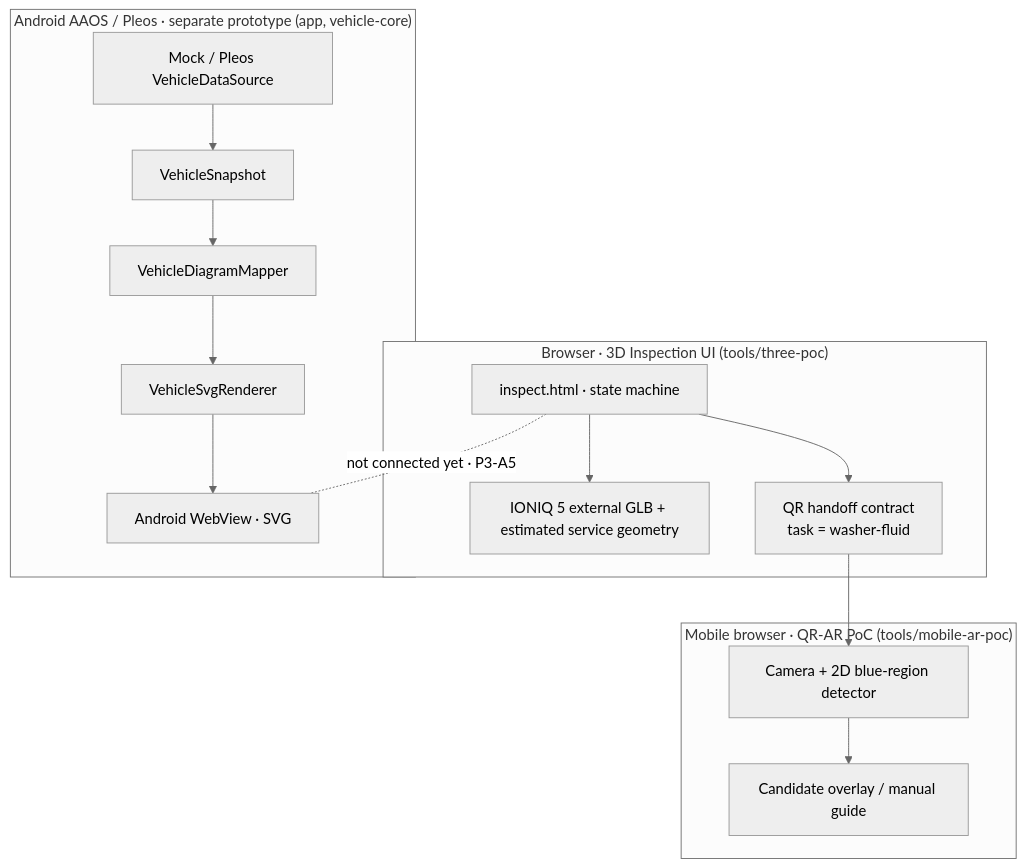
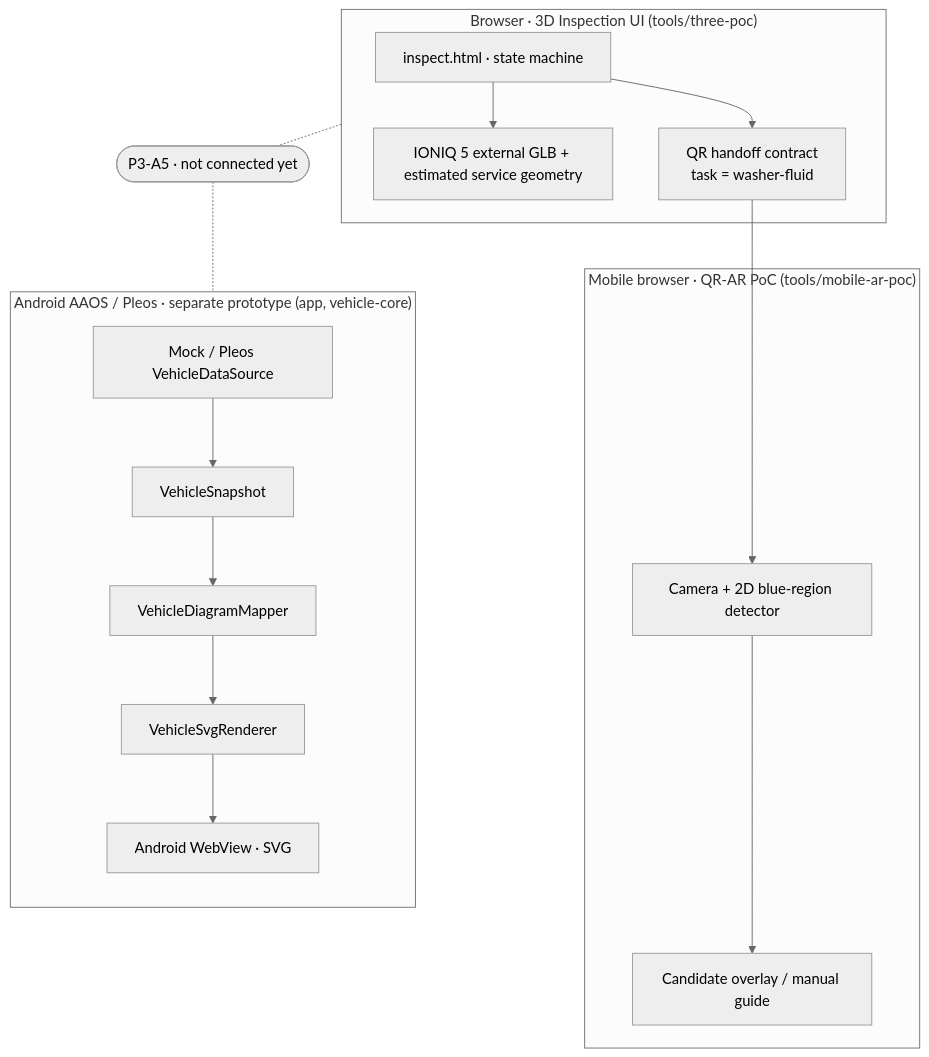
One commit to ppsssj/CarScope changed the diagram in README.md. Above: the diagram before and after it, drawn with Mermaid (neutral theme).

Commit message:
docs: lay out the architecture diagram without overlap and keep the P3-A5 marker readable
Link the browser and Android subgraphs through a standalone P3-A5 node
instead of an inner-node edge (which overlapped the boxes and clipped
its label). Verified with Mermaid 11 locally: parses and renders.

````diff
--- a/README.md
+++ b/README.md
@@ -58,20 +58,22 @@
 ```mermaid
 flowchart TB
   subgraph Browser["Browser · 3D Inspection UI (tools/three-poc)"]
     UI["inspect.html · state machine"]
     GEO["IONIQ 5 external GLB + estimated service geometry"]
     UI --> GEO
     UI --> QR["QR handoff contract<br/>task = washer-fluid"]
   end
   subgraph Mobile["Mobile browser · QR-AR PoC (tools/mobile-ar-poc)"]
     QR --> CAM["Camera + 2D blue-region detector"]
     CAM --> GUIDE["Candidate overlay / manual guide"]
   end
   subgraph Android["Android AAOS / Pleos · separate prototype (app, vehicle-core)"]
+    direction TB
     SDK["Mock / Pleos VehicleDataSource"] --> SNAP["VehicleSnapshot"]
     SNAP --> MAP["VehicleDiagramMapper"]
     MAP --> SVG["VehicleSvgRenderer"]
     SVG --> WV["Android WebView · SVG"]
   end
-  UI -.-|"not connected yet · P3-A5"| WV
+  P35(["P3-A5 · not connected yet"])
+  Browser -.- P35 -.- Android
 ```
````
